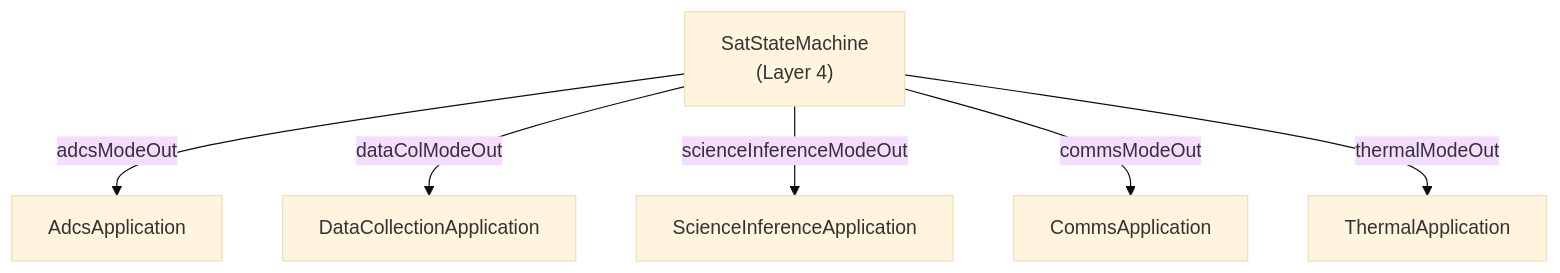
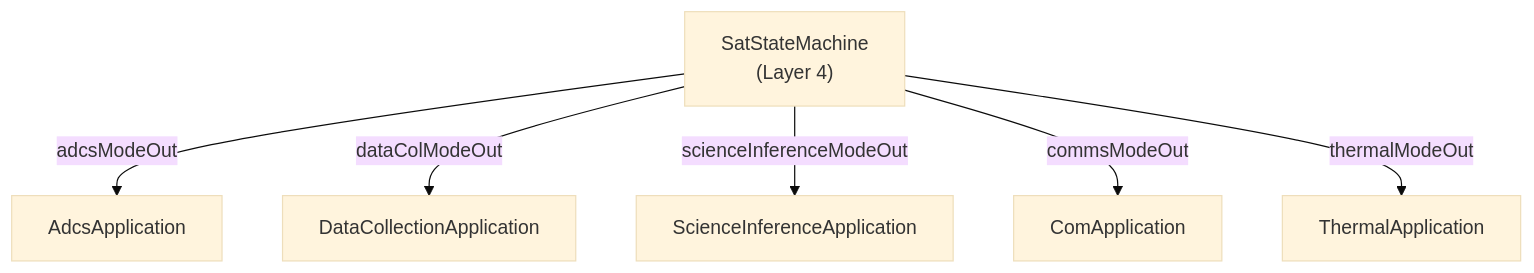
One commit to UWCubeSat/hs2-software-design changed the fourth of 8 diagrams in docs/sdd.md. Above: the diagram before and after it, drawn with Mermaid (base theme). The commit also changed other lines of this file and 4 other files, not shown here.

````diff
--- a/docs/sdd.md
+++ b/docs/sdd.md
@@ -410,9 +410,9 @@
 ```mermaid
 flowchart TB
     SSM["SatStateMachine<br/>(Layer 4)"]
     SSM -->|adcsModeOut| AdcsApp["AdcsApplication"]
     SSM -->|dataColModeOut| DCApp["DataCollectionApplication"]
     SSM -->|scienceInferenceModeOut| SIApp["ScienceInferenceApplication"]
-    SSM -->|commsModeOut| CommsApp["CommsApplication"]
+    SSM -->|commsModeOut| CommsApp["ComApplication"]
     SSM -->|thermalModeOut| ThermApp["ThermalApplication"]
 ```
````
